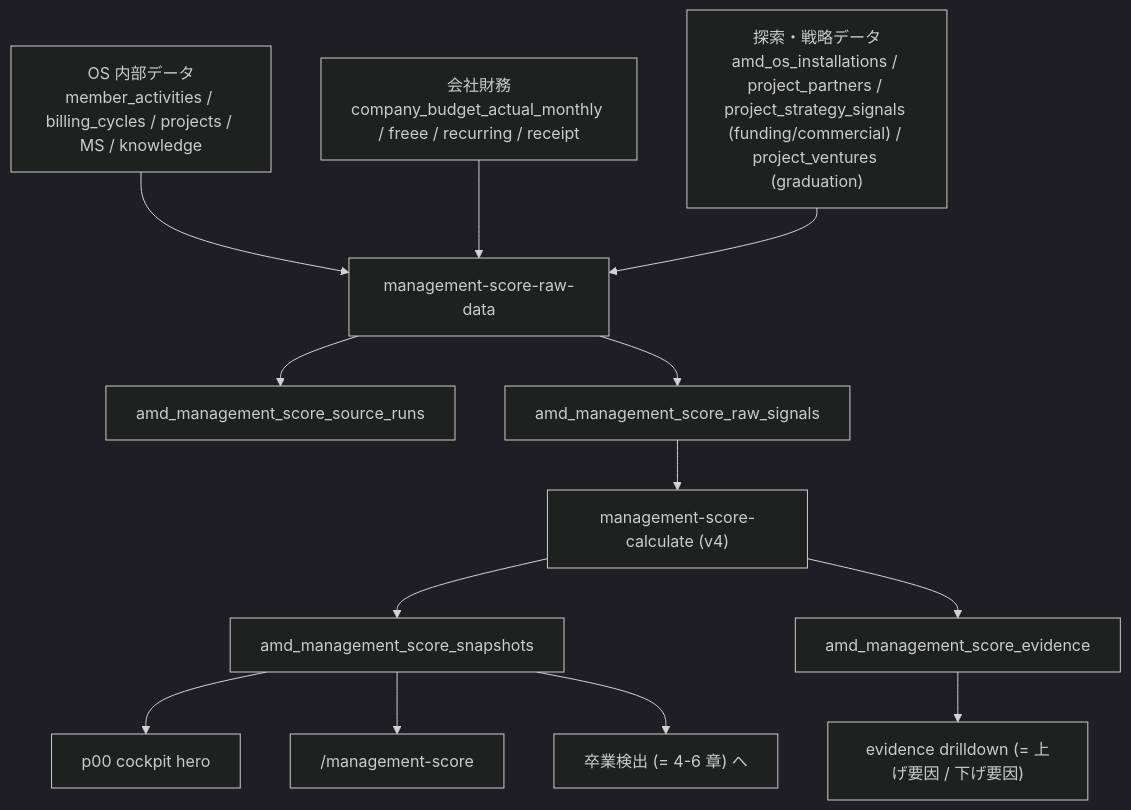
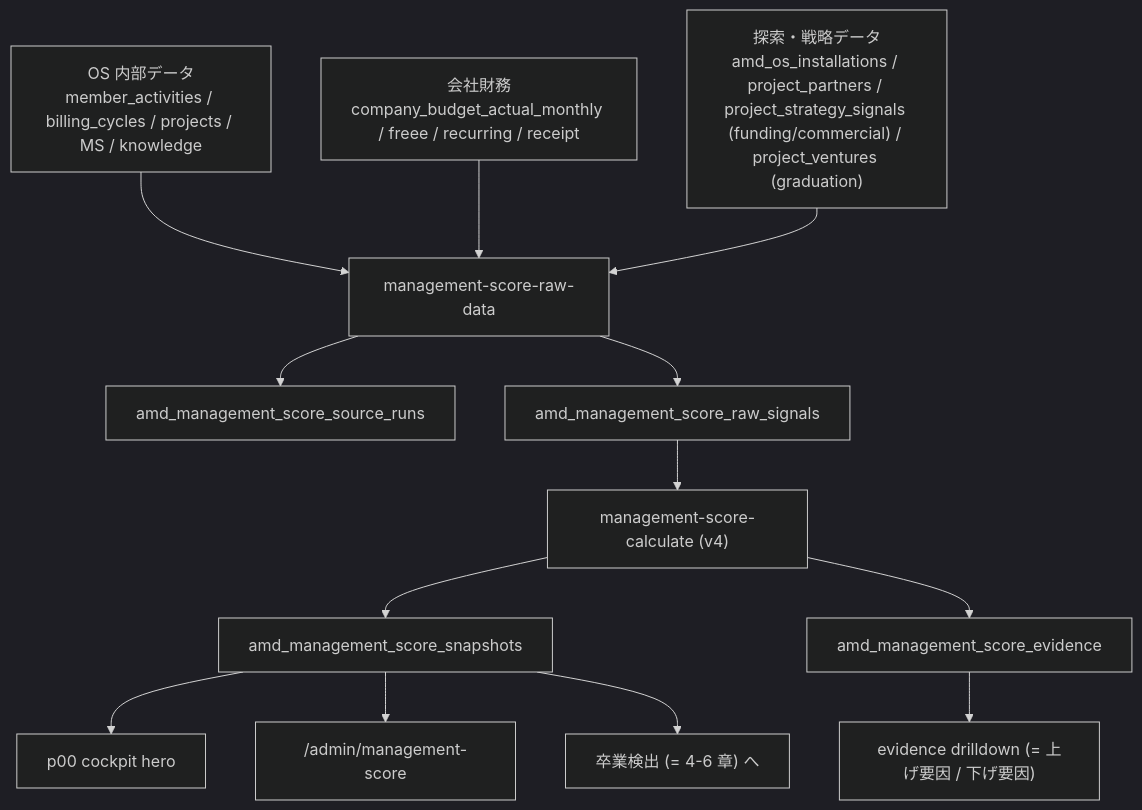
One commit to masa-teamarmada/amd-os changed the first of 3 diagrams in pwa/manual/4-5-management-score-and-finance-simulation-spec.md. Above: the diagram before and after it, drawn with Mermaid (dark theme). The commit also changed other lines of this file and 24 other files, not shown here.

Commit message:
fix(navigation): move management into admin and remove finance cross-links

````diff
--- a/pwa/manual/4-5-management-score-and-finance-simulation-spec.md
+++ b/pwa/manual/4-5-management-score-and-finance-simulation-spec.md
@@ -63,15 +62,15 @@
 ```mermaid
 flowchart TD
   A["OS 内部データ<br/>member_activities / billing_cycles / projects / MS / knowledge"] --> B["management-score-raw-data"]
   C["会社財務<br/>company_budget_actual_monthly / freee / recurring / receipt"] --> B
   D["探索・戦略データ<br/>amd_os_installations / project_partners / project_strategy_signals (funding/commercial) / project_ventures (graduation)"] --> B
   B --> E["amd_management_score_source_runs"]
   B --> F["amd_management_score_raw_signals"]
   F --> G["management-score-calculate (v4)"]
   G --> H["amd_management_score_snapshots"]
   G --> I["amd_management_score_evidence"]
   H --> J["p00 cockpit hero"]
-  H --> K["/management-score"]
+  H --> K["/admin/management-score"]
   I --> L["evidence drilldown (= 上げ要因 / 下げ要因)"]
   H --> M["卒業検出 (= 4-6 章) へ"]
 ```
````
